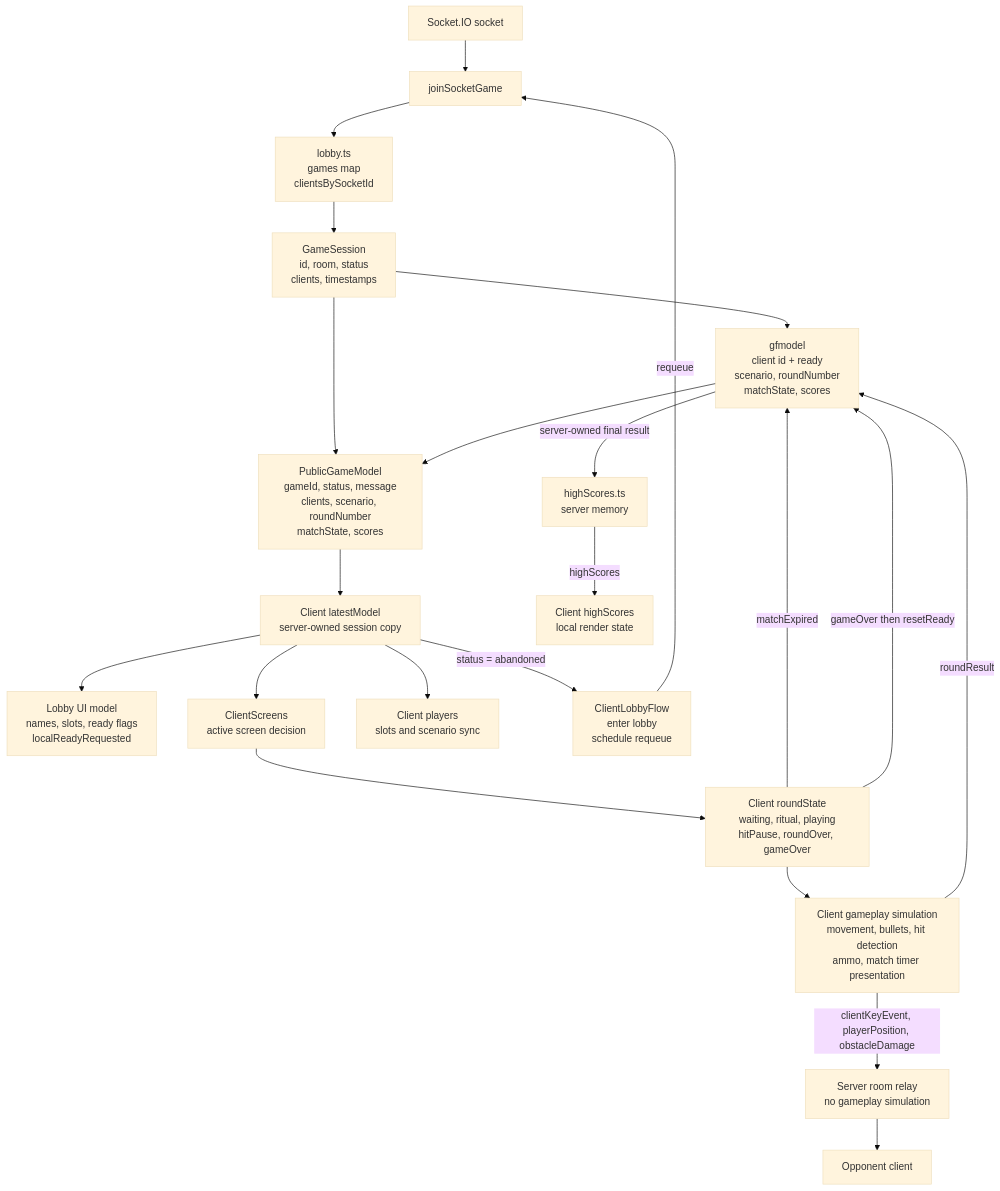
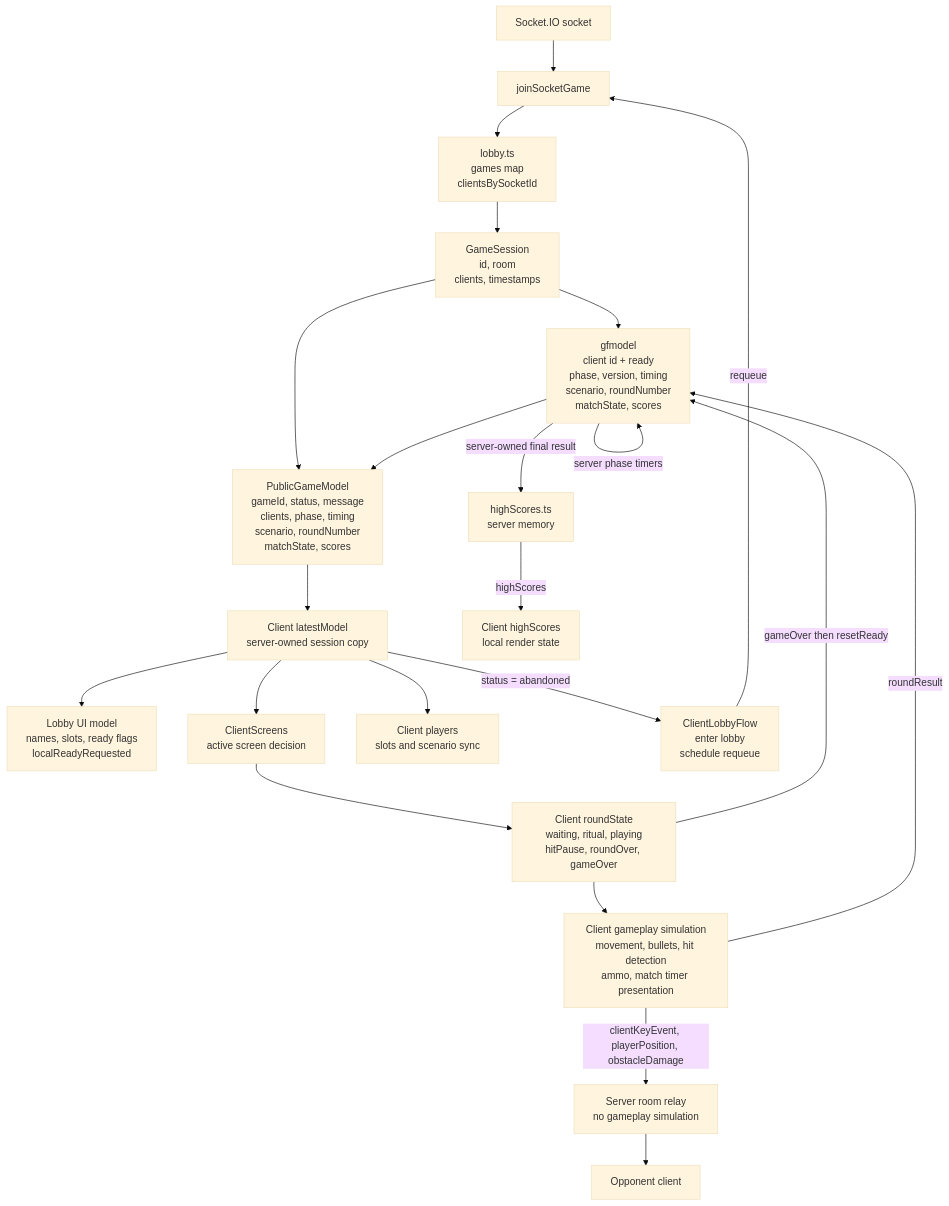
One commit to mkjems/gunfight changed the first of 2 diagrams in documentation/Connection-state-model.md. Above: the diagram before and after it, drawn with Mermaid (base theme). The commit also changed other lines of this file and 25 other files, not shown here.

Commit message:
Low-frequency server-authoritative state model

````diff
--- a/documentation/Connection-state-model.md
+++ b/documentation/Connection-state-model.md
@@ -22,30 +23,30 @@
 ```mermaid
 flowchart TD
     Socket["Socket.IO socket"] --> Join["joinSocketGame"]
     Join --> Lobby["lobby.ts<br/>games map<br/>clientsBySocketId"]
 
-    Lobby --> Session["GameSession<br/>id, room, status<br/>clients, timestamps"]
-    Session --> Gfmodel["gfmodel<br/>client id + ready<br/>scenario, roundNumber<br/>matchState, scores"]
-    Session --> PublicModel["PublicGameModel<br/>gameId, status, message<br/>clients, scenario, roundNumber<br/>matchState, scores"]
+    Lobby --> Session["GameSession<br/>id, room<br/>clients, timestamps"]
+    Session --> Gfmodel["gfmodel<br/>client id + ready<br/>phase, version, timing<br/>scenario, roundNumber<br/>matchState, scores"]
+    Session --> PublicModel["PublicGameModel<br/>gameId, status, message<br/>clients, phase, timing<br/>scenario, roundNumber<br/>matchState, scores"]
     Gfmodel --> PublicModel
 
     PublicModel --> LatestModel["Client latestModel<br/>server-owned session copy"]
     LatestModel --> LobbyUi["Lobby UI model<br/>names, slots, ready flags<br/>localReadyRequested"]
     LatestModel --> ClientScreens["ClientScreens<br/>active screen decision"]
     LatestModel --> ClientPlayers["Client players<br/>slots and scenario sync"]
 
     ClientScreens --> RoundState["Client roundState<br/>waiting, ritual, playing<br/>hitPause, roundOver, gameOver"]
     RoundState --> Gameplay["Client gameplay simulation<br/>movement, bullets, hit detection<br/>ammo, match timer presentation"]
 
     Gameplay -->|"clientKeyEvent, playerPosition, obstacleDamage"| Relay["Server room relay<br/>no gameplay simulation"]
     Relay --> Opponent["Opponent client"]
 
     Gameplay -->|"roundResult"| Gfmodel
-    RoundState -->|"matchExpired"| Gfmodel
+    Gfmodel -->|"server phase timers"| Gfmodel
     Gfmodel -->|"server-owned final result"| Scores["highScores.ts<br/>server memory"]
     Scores -->|"highScores"| ClientHighScores["Client highScores<br/>local render state"]
 
     RoundState -->|"gameOver then resetReady"| Gfmodel
     LatestModel -->|"status = abandoned"| Abandoned["ClientLobbyFlow<br/>enter lobby<br/>schedule requeue"]
     Abandoned -->|"requeue"| Join
 ```
````
